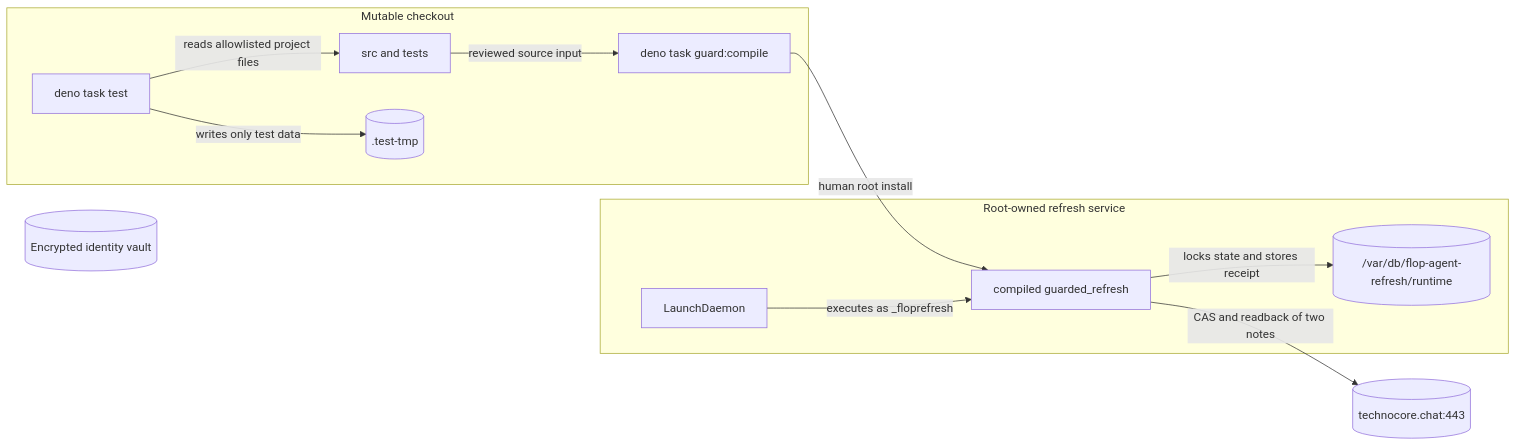
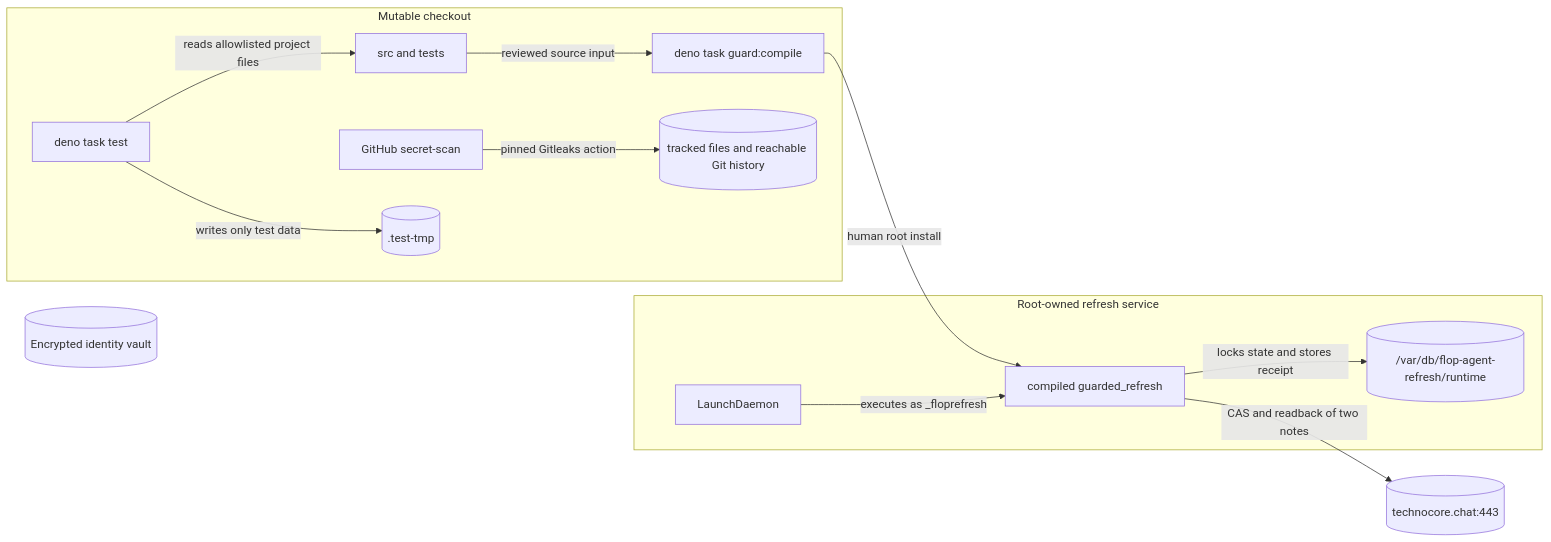
One commit to posaune0423/flop-agent changed the diagram in docs/STRUCTURE.md. Above: the diagram before and after it, drawn with Mermaid. The commit also changed other lines of this file and 6 other files, not shown here.

Commit message:
fix: add full-history secret scanning

````diff
--- a/docs/STRUCTURE.md
+++ b/docs/STRUCTURE.md
@@ -7,26 +7,29 @@
 ```mermaid
 flowchart LR
   subgraph checkout["Mutable checkout"]
     source["src and tests"]
     test["deno task test"]
     build["deno task guard:compile"]
+    scan["GitHub secret-scan"]
+    history[("tracked files and reachable Git history")]
     temp[(".test-tmp")]
   end
 
   subgraph service["Root-owned refresh service"]
     daemon["LaunchDaemon"]
     binary["compiled guarded_refresh"]
     runtime[("/var/db/flop-agent-refresh/runtime")]
   end
 
   vault[("Encrypted identity vault")]
   technocore[("technocore.chat:443")]
 
   test -->|"reads allowlisted project files"| source
   test -->|"writes only test data"| temp
+  scan -->|"pinned Gitleaks action"| history
   source -->|"reviewed source input"| build
   build -->|"human root install"| binary
   daemon -->|"executes as _floprefresh"| binary
   binary -->|"locks state and stores receipt"| runtime
   binary -->|"CAS and readback of two notes"| technocore
 ```
````
